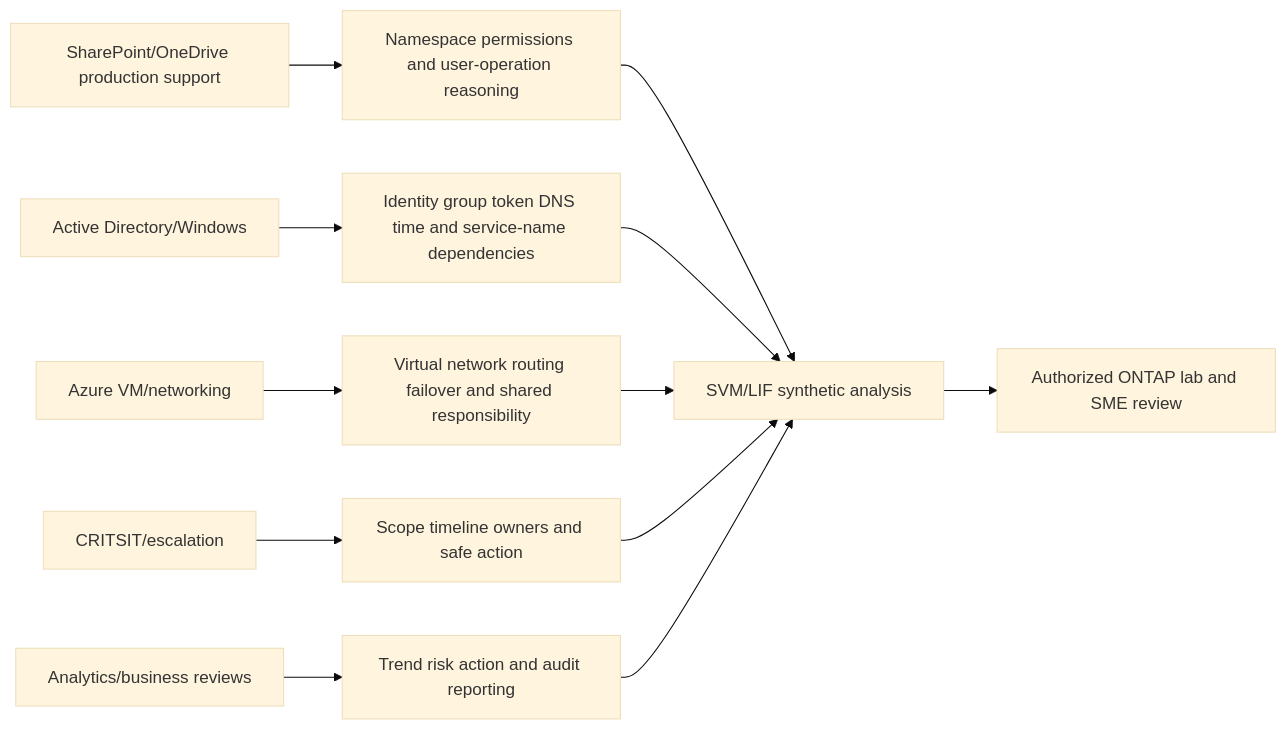
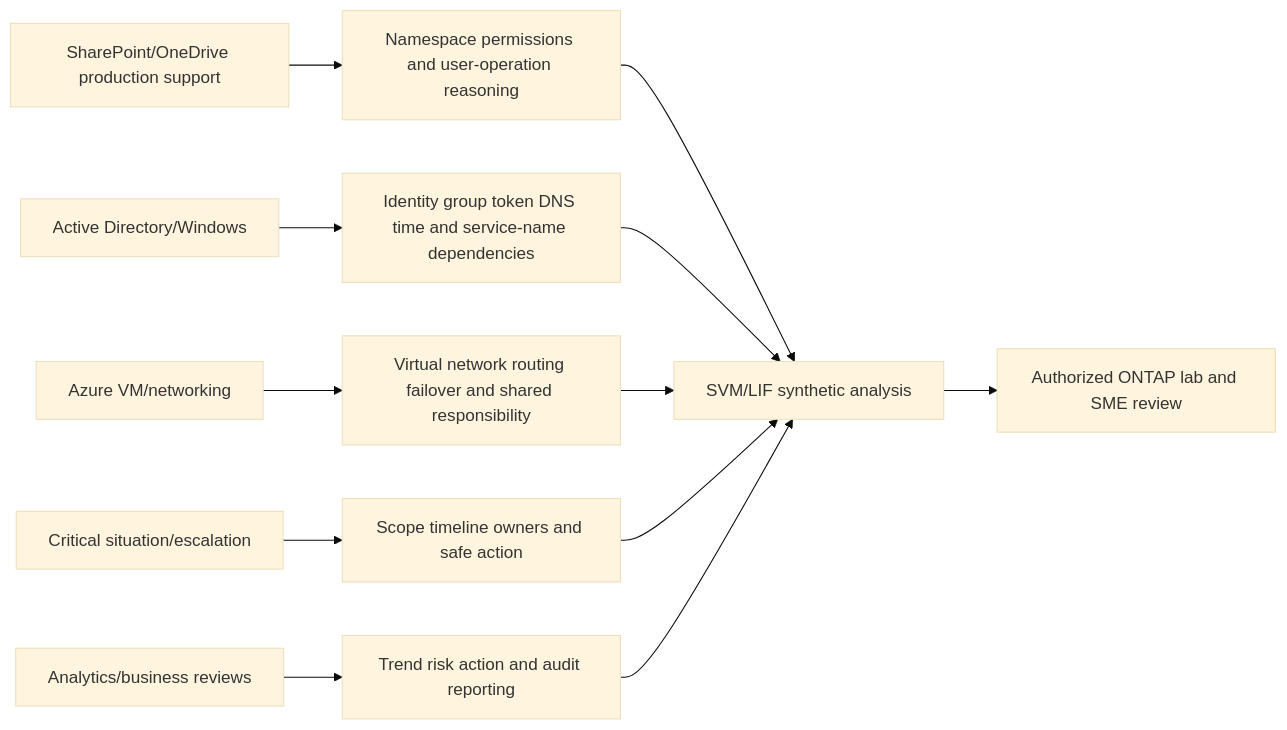
Before and after one commit to hichauhan-in/Interview-Prep: diagram 22 of 23 in NetApp TAM/prep/Part-22-svms-lifs-namespaces-junctions.md, drawn with Mermaid (base theme). The commit also changed other lines of this file and 493 other files, not shown here.

````diff
--- a/NetApp TAM/prep/Part-22-svms-lifs-namespaces-junctions.md
+++ b/NetApp TAM/prep/Part-22-svms-lifs-namespaces-junctions.md
@@ -690,14 +690,14 @@
 ```mermaid
 flowchart LR
     SPO[SharePoint/OneDrive production support] --> NS[Namespace permissions and user-operation reasoning]
     AD[Active Directory/Windows] --> ID[Identity group token DNS time and service-name dependencies]
     AZ[Azure VM/networking] --> NET[Virtual network routing failover and shared responsibility]
-    CRIT[CRITSIT/escalation] --> EVID[Scope timeline owners and safe action]
+    CRIT[Critical situation/escalation] --> EVID[Scope timeline owners and safe action]
     BI[Analytics/business reviews] --> RISK[Trend risk action and audit reporting]
     NS --> SVM[SVM/LIF synthetic analysis]
     ID --> SVM
     NET --> SVM
     EVID --> SVM
     RISK --> SVM
     SVM --> LAB[Authorized ONTAP lab and SME review]
 ```
````
